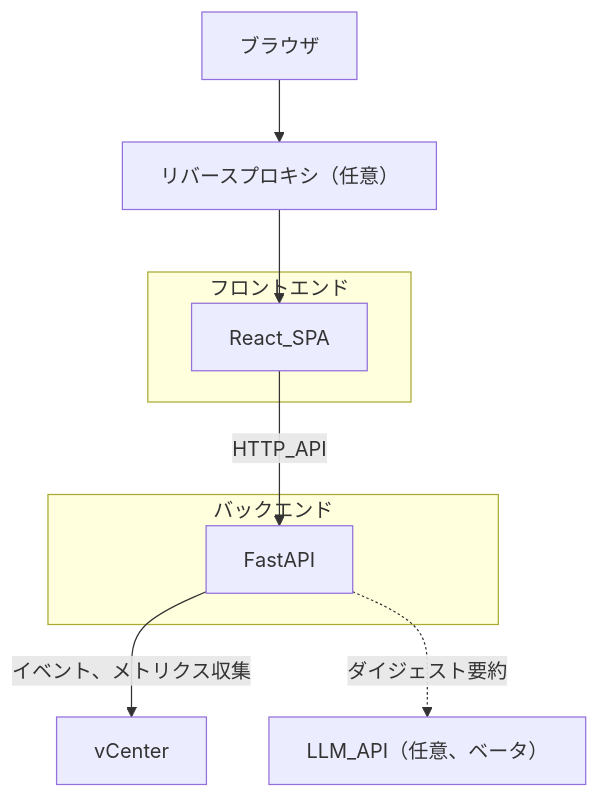
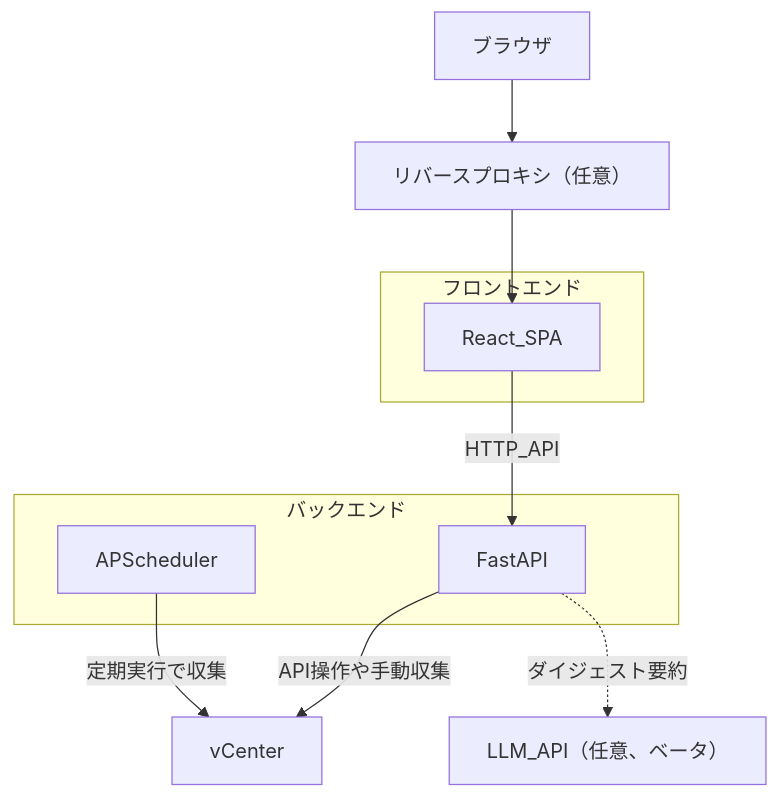
The diagram in README.md (t-m0riyama/vcenter-event-assistant), drawn with Mermaid before and after one commit. The commit also changed 1 other file, not shown here.

Commit message:
docs: システムコンテキスト図に APScheduler の定期実行を追加
バックエンド subgraph に APScheduler を配置し、vCenter への定期収集エッジを明示した。FastAPI 側は API・手動収集の経路として表現。architecture.md の説明文を同期した。

Made-with: Cursor

````diff
--- a/README.md
+++ b/README.md
@@ -22,19 +22,21 @@
 ```mermaid
 flowchart TB
   Browser[ブラウザ]
   Proxy[リバースプロキシ（任意）]
   subgraph fe [フロントエンド]
     FE[React_SPA]
   end
   subgraph be [バックエンド]
     BE[FastAPI]
+    Sched[APScheduler]
   end
   VC[vCenter]
   LLM[LLM_API（任意、ベータ）]
 
   Browser --> Proxy
   Proxy --> FE
   FE -->|HTTP_API| BE
-  BE -->|イベント、メトリクス収集| VC
+  Sched -->|定期実行で収集| VC
+  BE -->|API操作や手動収集| VC
   BE -.->|ダイジェスト要約| LLM
 ```
````
